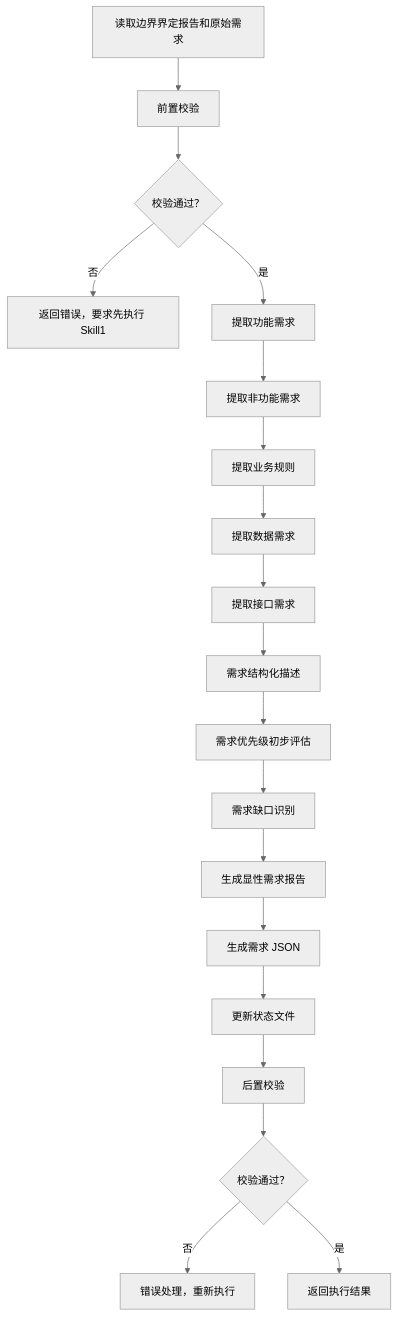
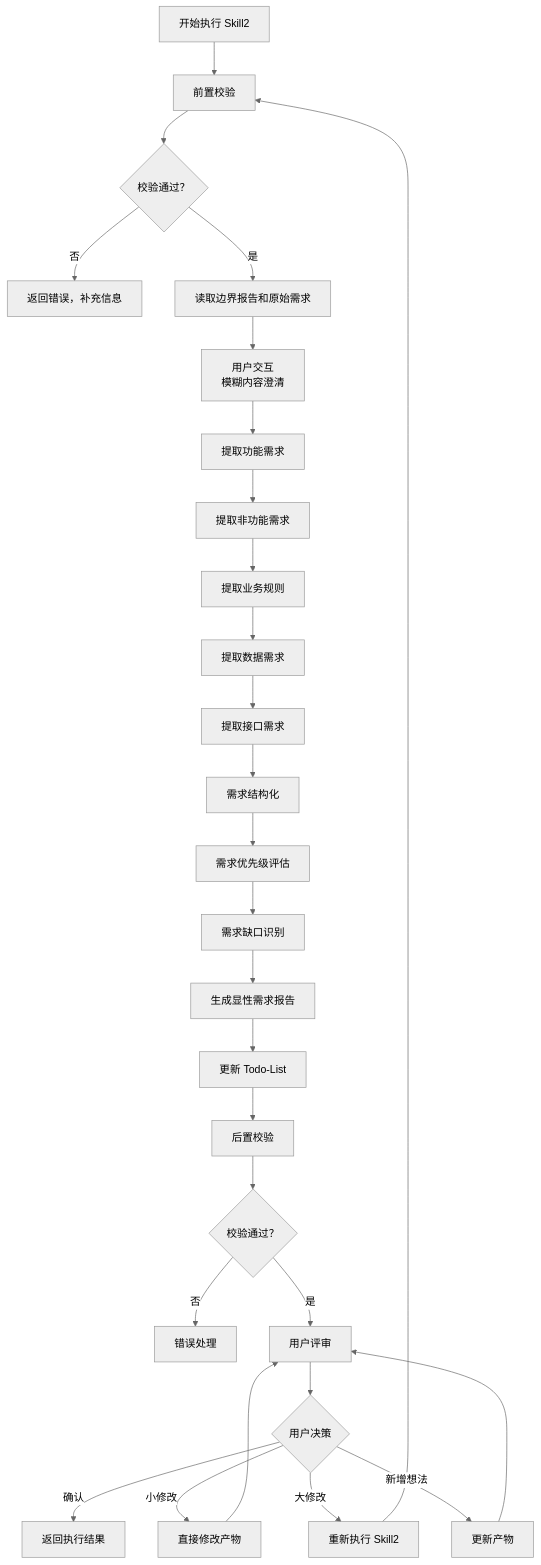
Before and after one commit to HeartFlying/swf: the diagram in skills/s1-requirements/skill2-explicit/SKILL.md, drawn with Mermaid (neutral theme). The commit also changed other lines of this file and 39 other files, not shown here.

````diff
--- a/skills/s1-requirements/skill2-explicit/SKILL.md
+++ b/skills/s1-requirements/skill2-explicit/SKILL.md
@@ -92,21 +205,30 @@
 ```mermaid
-graph TD
-    A[读取边界界定报告和原始需求] --> B[前置校验]
-    B --> C{校验通过？}
-    C -->|否 | D[返回错误，要求先执行 Skill1]
-    C -->|是 | E[提取功能需求]
-    E --> F[提取非功能需求]
-    F --> G[提取业务规则]
-    G --> H[提取数据需求]
-    H --> I[提取接口需求]
-    I --> J[需求结构化描述]
-    J --> K[需求优先级初步评估]
-    K --> L[需求缺口识别]
-    L --> M[生成显性需求报告]
-    M --> N[生成需求 JSON]
-    N --> O[更新状态文件]
-    O --> P[后置校验]
-    P --> Q{校验通过？}
-    Q -->|否 | R[错误处理，重新执行]
-    Q -->|是 | S[返回执行结果]
+flowchart TD
+    Start[开始执行 Skill2] --> PreCheck[前置校验]
+    PreCheck --> CheckResult{校验通过？}
+    CheckResult -->|否 | Error[返回错误，补充信息]
+    CheckResult -->|是 | Read[读取边界报告和原始需求]
+    Read --> Interact[用户交互<br/>模糊内容澄清]
+    Interact --> FuncReq[提取功能需求]
+    FuncReq --> NonFuncReq[提取非功能需求]
+    NonFuncReq --> BizRule[提取业务规则]
+    BizRule --> DataReq[提取数据需求]
+    DataReq --> InterfaceReq[提取接口需求]
+    InterfaceReq --> Structure[需求结构化]
+    Structure --> Priority[需求优先级评估]
+    Priority --> GapIdentify[需求缺口识别]
+    GapIdentify --> GenReport[生成显性需求报告]
+    GenReport --> UpdateTodo[更新 Todo-List]
+    UpdateTodo --> PostCheck[后置校验]
+    PostCheck --> PostCheckResult{校验通过？}
+    PostCheckResult -->|否 | HandleError[错误处理]
+    PostCheckResult -->|是 | Review[用户评审]
+    Review --> ReviewResult{用户决策}
+    ReviewResult -->|确认 | Return[返回执行结果]
+    ReviewResult -->|小修改 | Modify[直接修改产物]
+    ReviewResult -->|大修改 | ReExecute[重新执行 Skill2]
+    ReviewResult -->|新增想法 | Update[更新产物]
+    Modify --> Review
+    Update --> Review
+    ReExecute --> PreCheck
 ```
````
